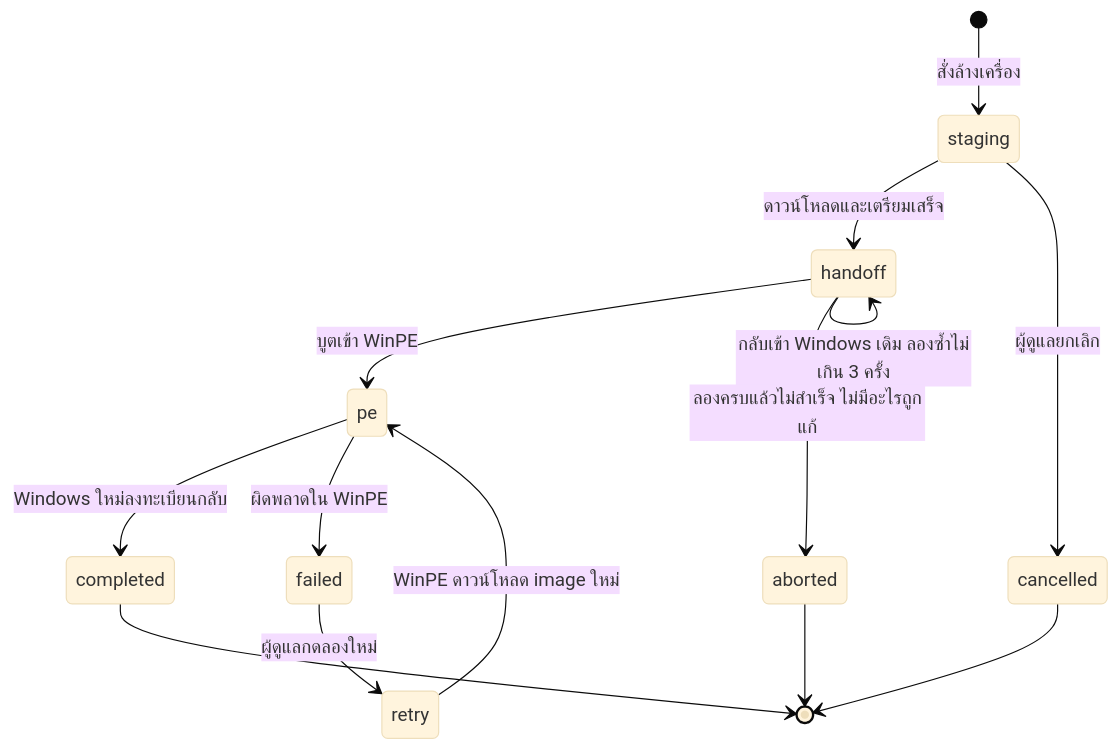
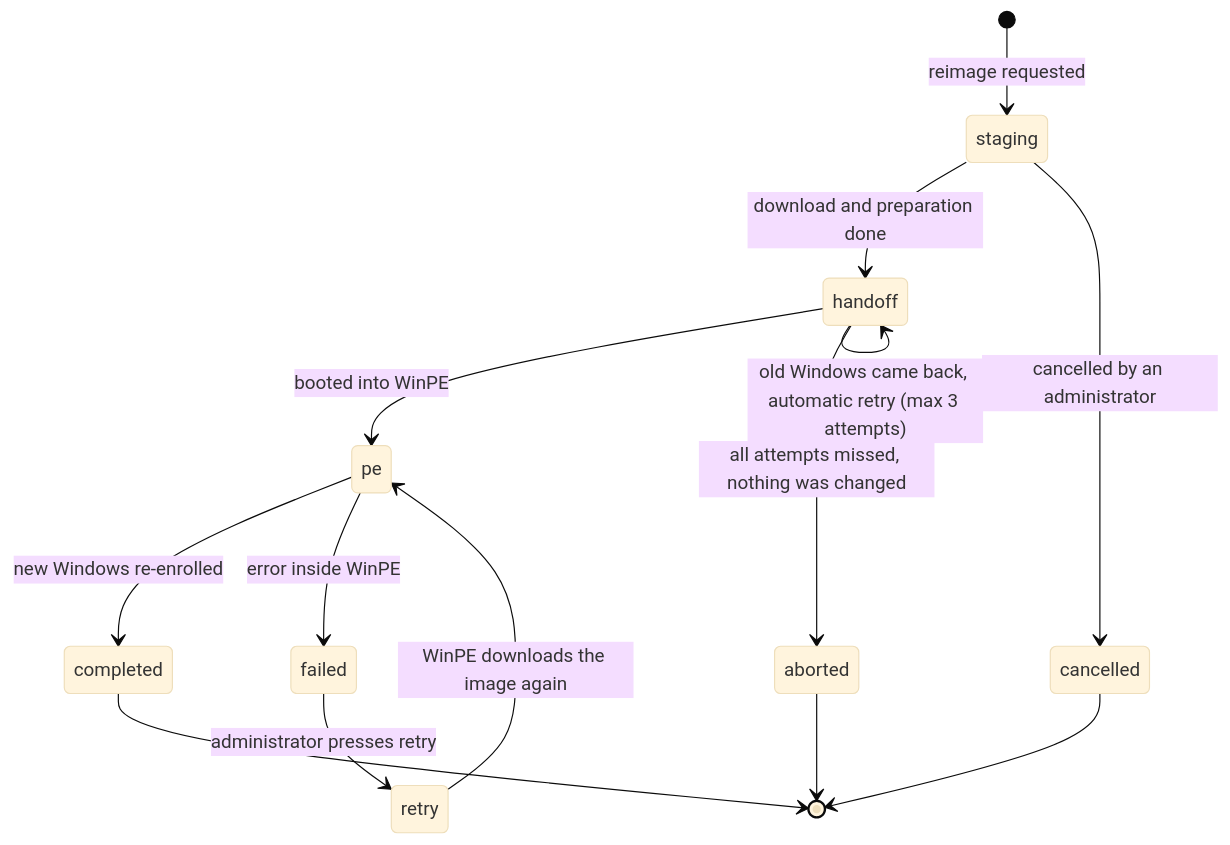
The fourth of 5 diagrams in README.md (bluebox-dev/Swim), drawn with Mermaid (base theme) before and after one commit. The commit also changed other lines of this file and 28 other files, not shown here.

````diff
--- a/README.md
+++ b/README.md
@@ -180,16 +192,16 @@
 ```mermaid
 stateDiagram-v2
-    [*] --> staging: สั่งล้างเครื่อง
-    staging --> handoff: ดาวน์โหลดและเตรียมเสร็จ
-    staging --> cancelled: ผู้ดูแลยกเลิก
-    handoff --> pe: บูตเข้า WinPE
-    handoff --> handoff: กลับเข้า Windows เดิม ลองซ้ำไม่เกิน 3 ครั้ง
-    handoff --> aborted: ลองครบแล้วไม่สำเร็จ ไม่มีอะไรถูกแก้
-    pe --> completed: Windows ใหม่ลงทะเบียนกลับ
-    pe --> failed: ผิดพลาดใน WinPE
-    failed --> retry: ผู้ดูแลกดลองใหม่
-    retry --> pe: WinPE ดาวน์โหลด image ใหม่
+    [*] --> staging: reimage requested
+    staging --> handoff: download and preparation done
+    staging --> cancelled: cancelled by an administrator
+    handoff --> pe: booted into WinPE
+    handoff --> handoff: old Windows came back, automatic retry (max 3 attempts)
+    handoff --> aborted: all attempts missed, nothing was changed
+    pe --> completed: new Windows re-enrolled
+    pe --> failed: error inside WinPE
+    failed --> retry: administrator presses retry
+    retry --> pe: WinPE downloads the image again
     completed --> [*]
     aborted --> [*]
     cancelled --> [*]
 ```
````
